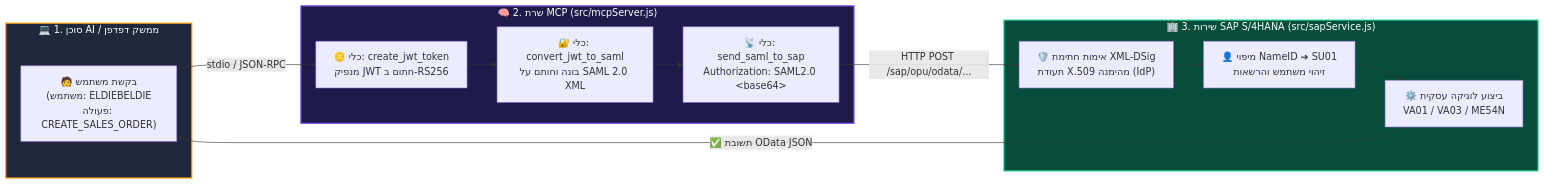
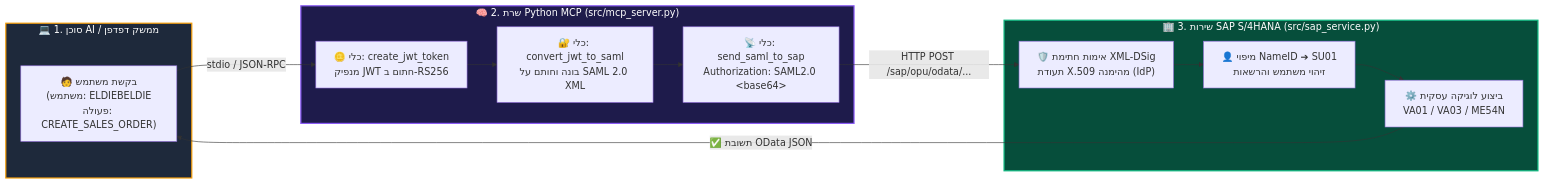
The first of 2 diagrams in README.he.md (eldarfundbox/jwttosaml), drawn with Mermaid before and after one commit. The commit also changed other lines of this file and 1 other file, not shown here.

Commit message:
docs: update English and Hebrew READMEs for Python runtime and FastAPI stack

````diff
--- a/README.he.md
+++ b/README.he.md
@@ -53,28 +54,28 @@
 ```mermaid
 flowchart LR
     subgraph ClientLayer["💻 1. סוכן AI / ממשק דפדפן"]
         A["🧑 בקשת משתמש<br/>(משתמש: ELDIEBELDIE<br/>פעולה: CREATE_SALES_ORDER)"]
     end
 
-    subgraph MCPLayer["🧠 2. שרת MCP (src/mcpServer.js)"]
+    subgraph MCPLayer["🧠 2. שרת Python MCP (src/mcp_server.py)"]
         B["🪙 כלי: create_jwt_token<br/>מנפיק JWT חתום ב-RS256"]
         C["🔐 כלי: convert_jwt_to_saml<br/>בונה וחותם על SAML 2.0 XML"]
         D["📡 כלי: send_saml_to_sap<br/>Authorization: SAML2.0 &lt;base64&gt;"]
         B --> C --> D
     end
 
-    subgraph SAPLayer["🏢 3. שירות SAP S/4HANA (src/sapService.js)"]
+    subgraph SAPLayer["🏢 3. שירות SAP S/4HANA (src/sap_service.py)"]
         E["🛡️ אימות חתימת XML-DSig<br/>תעודת X.509 מהימנה (IdP)"]
         F["👤 מיפוי NameID ➔ SU01<br/>זיהוי משתמש והרשאות"]
         G["⚙️ ביצוע לוגיקה עסקית<br/>VA01 / VA03 / ME54N"]
         E --> F --> G
     end
 
     A -->|"stdio / JSON-RPC"| B
     D -->|"HTTP POST /sap/opu/odata/..."| E
     G -->|"✅ תשובת OData JSON"| A
 
     style ClientLayer fill:#1e293b,stroke:#f59e0b,stroke-width:2px,color:#fff
     style MCPLayer fill:#1e1b4b,stroke:#8b5cf6,stroke-width:2px,color:#fff
     style SAPLayer fill:#064e3b,stroke:#10b981,stroke-width:2px,color:#fff
 ```
````
